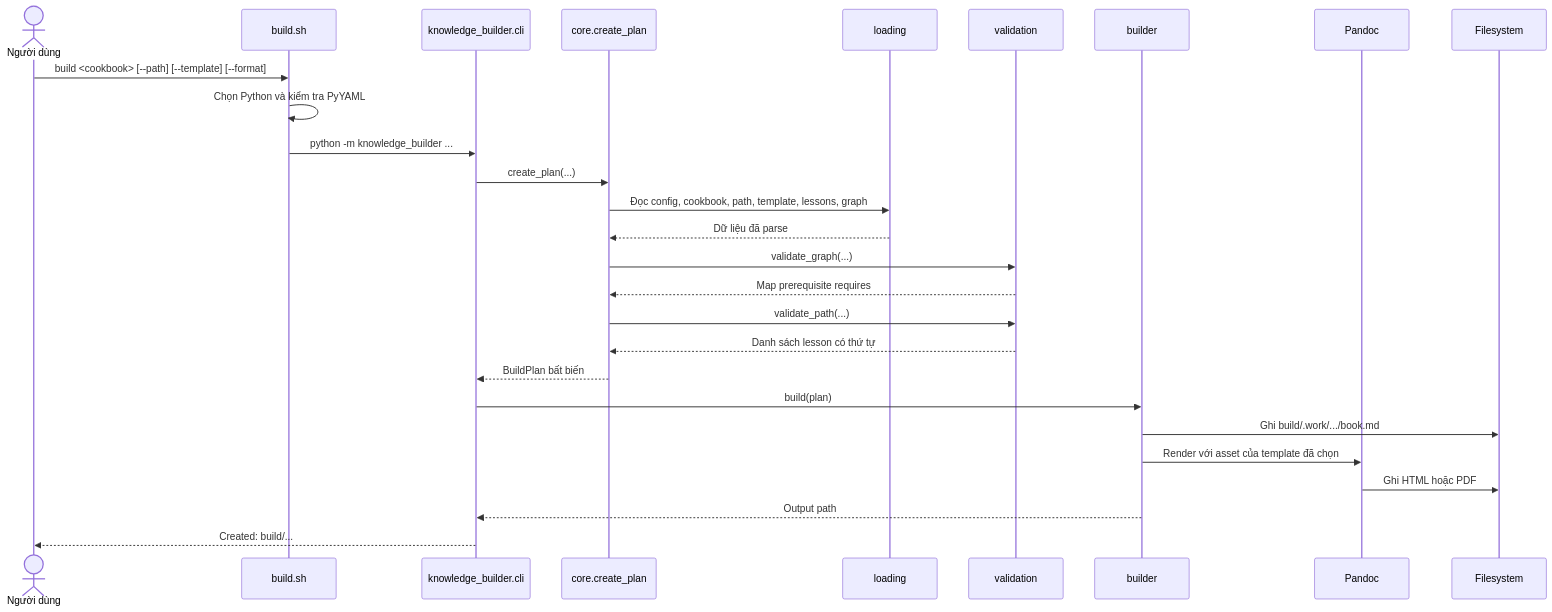
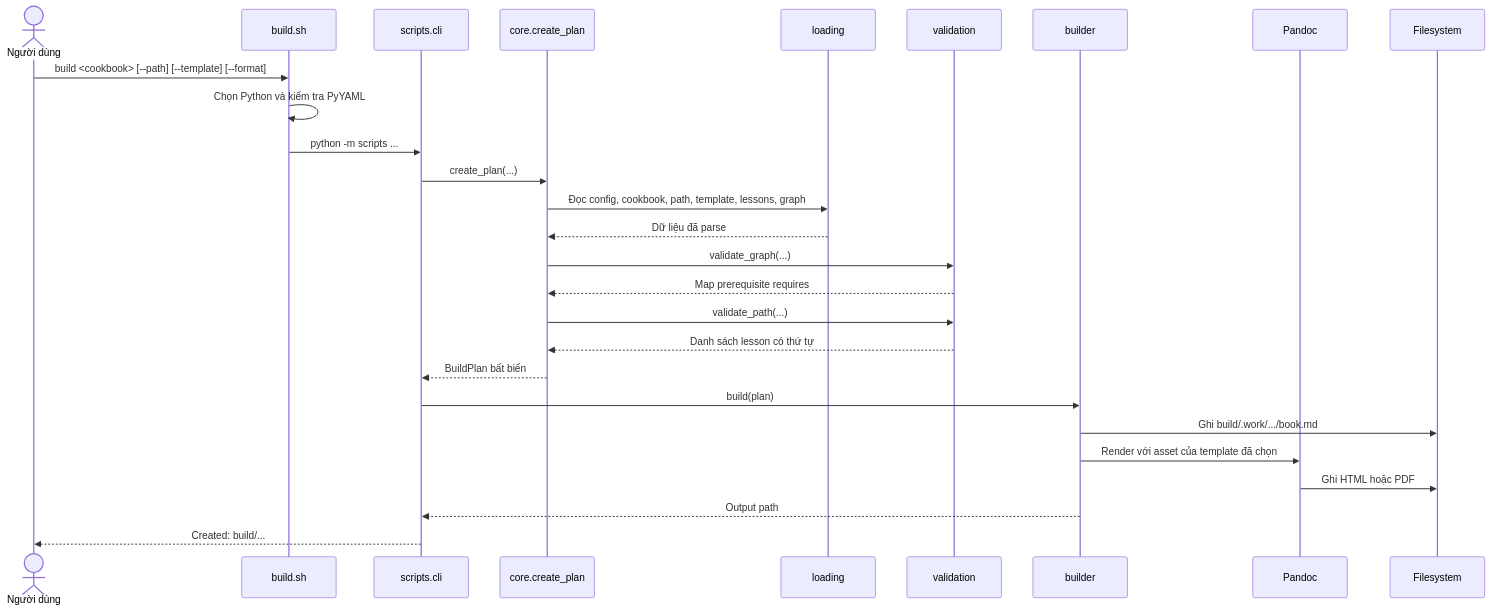
One commit to haiphamthanh/utils_knowledge_lesson_builder changed the second of 4 diagrams in docs/architecture.md. Above: the diagram before and after it, drawn with Mermaid. The commit also changed other lines of this file and 16 other files, not shown here.

Commit message:
refactor: rename builder package to scripts

````diff
--- a/docs/architecture.md
+++ b/docs/architecture.md
@@ -130,30 +130,30 @@
 ```mermaid
 sequenceDiagram
     actor User as Người dùng
     participant SH as build.sh
-    participant CLI as knowledge_builder.cli
+    participant CLI as scripts.cli
     participant Core as core.create_plan
     participant Load as loading
     participant Valid as validation
     participant Builder as builder
     participant Pandoc
     participant FS as Filesystem
 
     User->>SH: build <cookbook> [--path] [--template] [--format]
     SH->>SH: Chọn Python và kiểm tra PyYAML
-    SH->>CLI: python -m knowledge_builder ...
+    SH->>CLI: python -m scripts ...
     CLI->>Core: create_plan(...)
     Core->>Load: Đọc config, cookbook, path, template, lessons, graph
     Load-->>Core: Dữ liệu đã parse
     Core->>Valid: validate_graph(...)
     Valid-->>Core: Map prerequisite requires
     Core->>Valid: validate_path(...)
     Valid-->>Core: Danh sách lesson có thứ tự
     Core-->>CLI: BuildPlan bất biến
     CLI->>Builder: build(plan)
     Builder->>FS: Ghi build/.work/.../book.md
     Builder->>Pandoc: Render với asset của template đã chọn
     Pandoc->>FS: Ghi HTML hoặc PDF
     Builder-->>CLI: Output path
     CLI-->>User: Created: build/...
 ```
````
